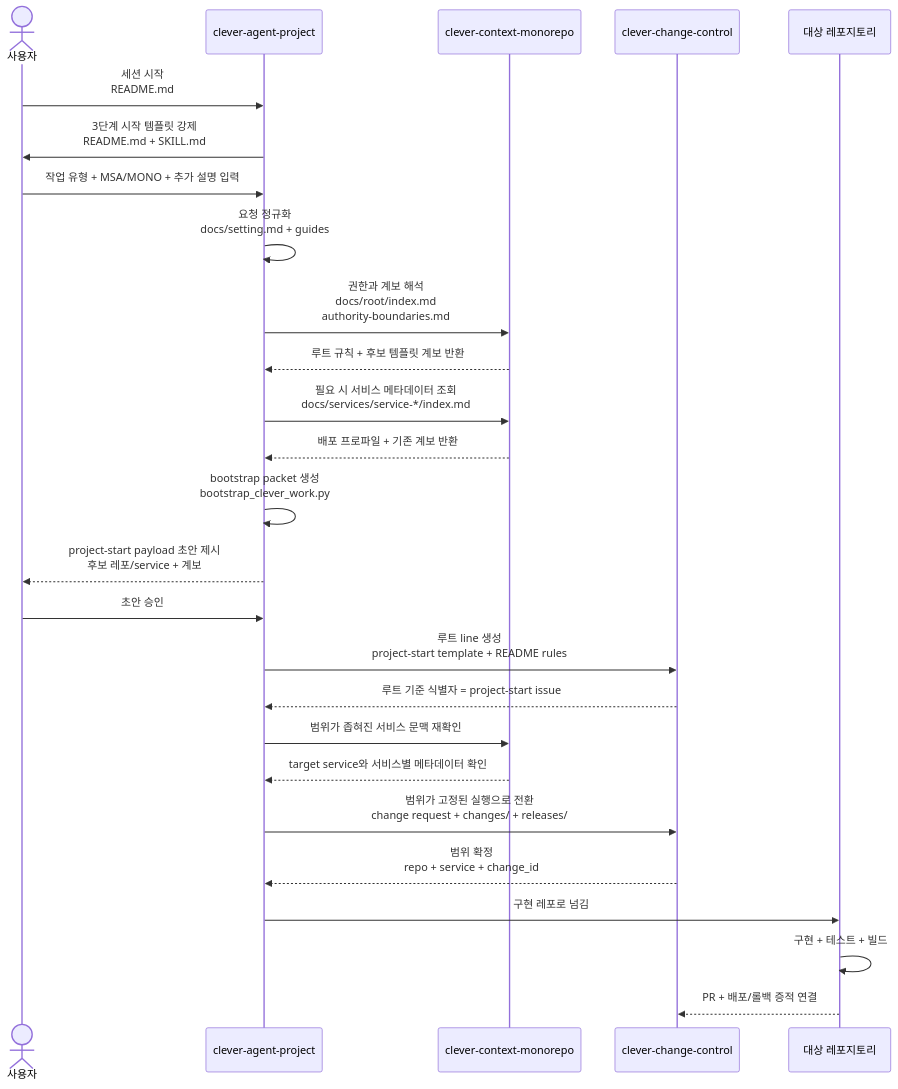
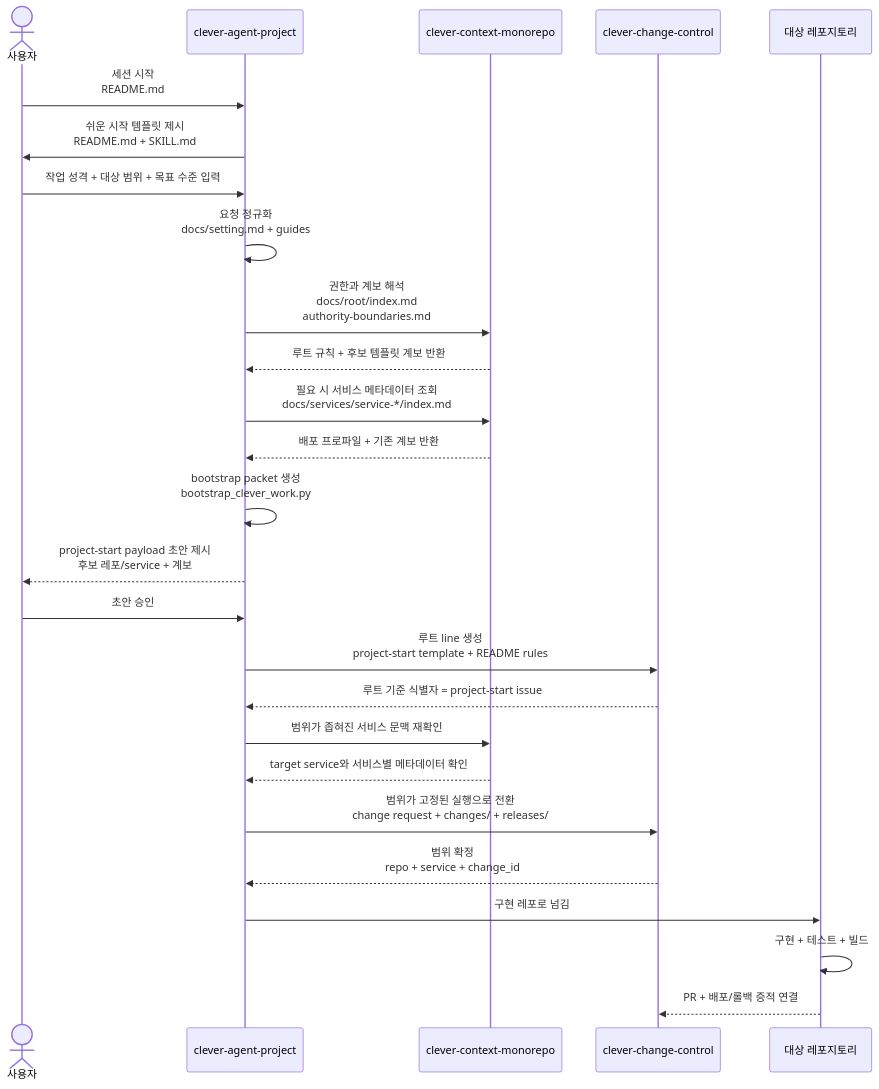
One commit to EVNSolution/clever-agent-project changed the diagram in docs/diagrams/clever-work-lifecycle.md. Above: the diagram before and after it, drawn with Mermaid. The commit also changed other lines of this file and 12 other files, not shown here.

````diff
--- a/docs/diagrams/clever-work-lifecycle.md
+++ b/docs/diagrams/clever-work-lifecycle.md
@@ -5,35 +5,35 @@
 ```mermaid
 sequenceDiagram
     actor U as 사용자
     participant AP as clever-agent-project
     participant CTX as clever-context-monorepo
     participant CC as clever-change-control
     participant TR as 대상 레포지토리
 
     U->>AP: 세션 시작<br/>README.md
-    AP->>U: 3단계 시작 템플릿 강제<br/>README.md + SKILL.md
-    U->>AP: 작업 유형 + MSA/MONO + 추가 설명 입력
+    AP->>U: 쉬운 시작 템플릿 제시<br/>README.md + SKILL.md
+    U->>AP: 작업 성격 + 대상 범위 + 목표 수준 입력
 
     AP->>AP: 요청 정규화<br/>docs/setting.md + guides
     AP->>CTX: 권한과 계보 해석<br/>docs/root/index.md<br/>authority-boundaries.md
     CTX-->>AP: 루트 규칙 + 후보 템플릿 계보 반환
     AP->>CTX: 필요 시 서비스 메타데이터 조회<br/>docs/services/service-*/index.md
     CTX-->>AP: 배포 프로파일 + 기존 계보 반환
 
     AP->>AP: bootstrap packet 생성<br/>bootstrap_clever_work.py
     AP-->>U: project-start payload 초안 제시<br/>후보 레포/service + 계보
     U->>AP: 초안 승인
 
     AP->>CC: 루트 line 생성<br/>project-start template + README rules
     CC-->>AP: 루트 기준 식별자 = project-start issue #
 
     AP->>CTX: 범위가 좁혀진 서비스 문맥 재확인
     CTX-->>AP: target service와 서비스별 메타데이터 확인
 
     AP->>CC: 범위가 고정된 실행으로 전환<br/>change request + changes/ + releases/
     CC-->>AP: 범위 확정<br/>repo + service + change_id
 
     AP->>TR: 구현 레포로 넘김
     TR->>TR: 구현 + 테스트 + 빌드
     TR-->>CC: PR + 배포/롤백 증적 연결
 ```
````
